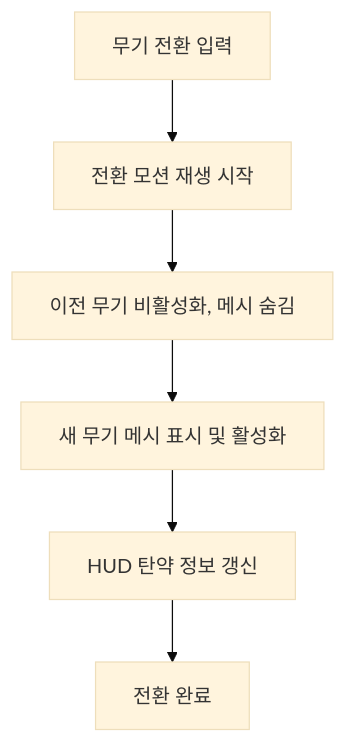
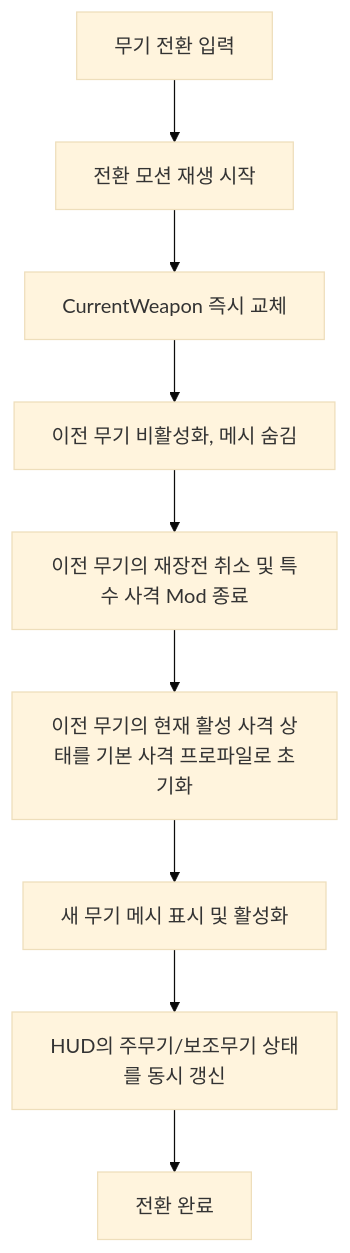
Before and after one commit to TeamApoc/ProjectR: the first of 3 diagrams in Docs/[시스템 기획] 무기_장비.md, drawn with Mermaid (base theme). The commit also changed other lines of this file and 3 other files, not shown here.

````diff
--- a/Docs/[시스템 기획] 무기_장비.md
+++ b/Docs/[시스템 기획] 무기_장비.md
@@ -42,8 +50,11 @@
 ```mermaid
 flowchart TD
     A[무기 전환 입력] --> B[전환 모션 재생 시작]
-    B --> C[이전 무기 비활성화, 메시 숨김]
-    C --> D[새 무기 메시 표시 및 활성화]
-    D --> E[HUD 탄약 정보 갱신]
-    E --> F[전환 완료]
+    B --> C[CurrentWeapon 즉시 교체]
+    C --> D[이전 무기 비활성화, 메시 숨김]
+    D --> E[이전 무기의 재장전 취소 및 특수 사격 Mod 종료]
+    E --> F[이전 무기의 현재 활성 사격 상태를 기본 사격 프로파일로 초기화]
+    F --> G[새 무기 메시 표시 및 활성화]
+    G --> H[HUD의 주무기/보조무기 상태를 동시 갱신]
+    H --> I[전환 완료]
 ```
````
